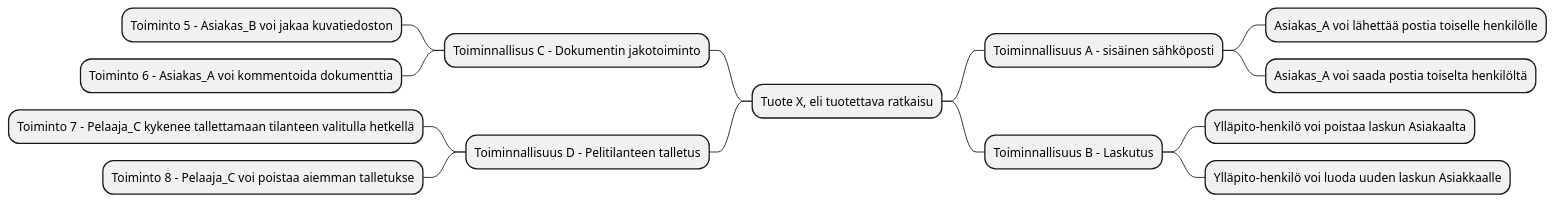
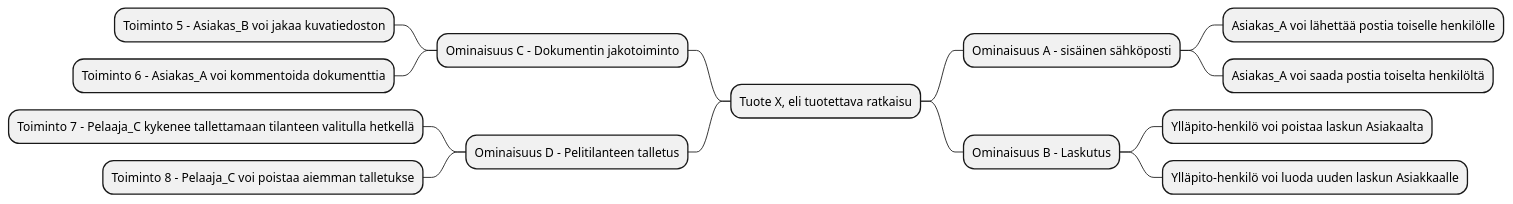
The third of 5 diagrams in dokumentit/20-Vaatimustenhallinta/vaatimusmaaritely-tiivis.md (ninaleo/ransut-core), drawn with PlantUML before and after one commit.

````diff
--- a/dokumentit/20-Vaatimustenhallinta/vaatimusmaaritely-tiivis.md
+++ b/dokumentit/20-Vaatimustenhallinta/vaatimusmaaritely-tiivis.md
@@ -176,17 +176,17 @@
 ```plantuml
 @startmindmap
 + Tuote X, eli tuotettava ratkaisu
-++ Toiminnallisuus A - sisäinen sähköposti
+++ Ominaisuus A - sisäinen sähköposti
 +++ Asiakas_A voi lähettää postia toiselle henkilölle
 +++ Asiakas_A voi saada postia toiselta henkilöltä
-++ Toiminnallisuus B - Laskutus
+++ Ominaisuus B - Laskutus
 +++ Ylläpito-henkilö voi poistaa laskun Asiakaalta
 +++ Ylläpito-henkilö voi luoda uuden laskun Asiakkaalle
--- Toiminnallisus C - Dokumentin jakotoiminto
+-- Ominaisuus C - Dokumentin jakotoiminto
 --- Toiminto 5 - Asiakas_B voi jakaa kuvatiedoston
 --- Toiminto 6 - Asiakas_A voi kommentoida dokumenttia
--- Toiminnallisuus D - Pelitilanteen talletus
+-- Ominaisuus D - Pelitilanteen talletus
 --- Toiminto 7 - Pelaaja_C kykenee tallettamaan tilanteen valitulla hetkellä
 --- Toiminto 8 - Pelaaja_C voi poistaa aiemman talletukse
 @endmindmap
 ```
````
